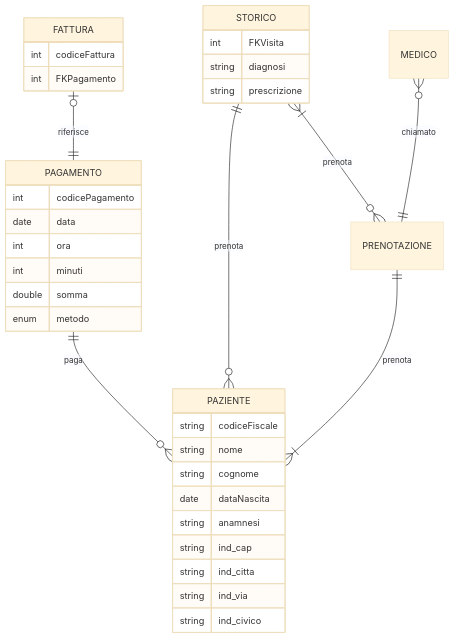
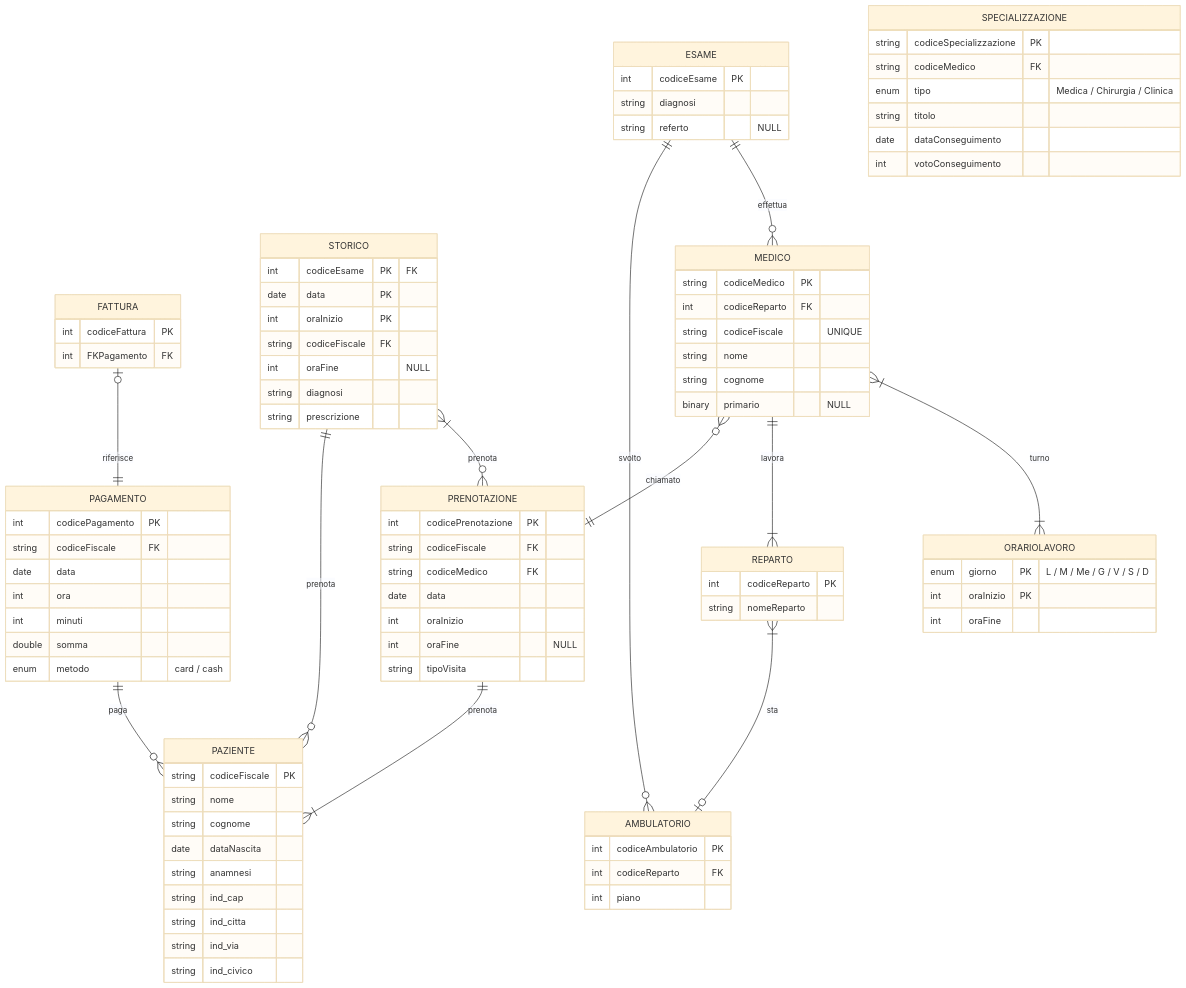
The diagram in README.md (satuscano/Progetto-Informatica-Tuscano), drawn with Mermaid (base theme) before and after one commit. The commit also changed other lines of this file, not shown here.

Commit message:
15/12/25 15:46

````diff
--- a/README.md
+++ b/README.md
@@ -37,23 +37,29 @@
         STORICO ||--o{ PAZIENTE : prenota
         STORICO |{--o{ PRENOTAZIONE : prenota
         MEDICO o{--|| PRENOTAZIONE : chiamato
+        MEDICO ||--|{ REPARTO : lavora
+        REPARTO |{--o| AMBULATORIO : sta
+        ESAME ||--o{ AMBULATORIO : svolto
+        ESAME ||--o{ MEDICO : effettua
+        MEDICO |{--|{ ORARIOLAVORO : turno
 
         FATTURA {
-            int codiceFattura
-            int FKPagamento
+            int codiceFattura PK
+            int FKPagamento FK
         }
 
         PAGAMENTO {
-            int codicePagamento
+            int codicePagamento PK
+            string codiceFiscale FK
             date data
             int ora
             int minuti
             double somma
-            enum metodo
+            enum metodo "card / cash"
         }
 
         PAZIENTE {
-            string codiceFiscale
+            string codiceFiscale PK
             string nome
             string cognome
             date dataNascita
@@ -65,10 +71,64 @@
         }
 
         STORICO {
-            int FKVisita
+            int codiceEsame PK "FK"
+            date data PK
+            int oraInizio PK
+            string codiceFiscale FK
+            int oraFine "NULL"
             string diagnosi
             string prescrizione
         }
 
+        PRENOTAZIONE {
+            int codicePrenotazione PK
+            string codiceFiscale FK
+            string codiceMedico FK
+            date data
+            int oraInizio
+            int oraFine "NULL"
+            string tipoVisita
+        }
+
+        MEDICO {
+            string codiceMedico PK
+            int codiceReparto FK
+            string codiceFiscale "UNIQUE"
+            string nome
+            string cognome
+            binary primario "NULL"
+        }
+
+        REPARTO {
+            int codiceReparto PK
+            string nomeReparto
+        }
+
+        AMBULATORIO {
+            int codiceAmbulatorio PK
+            int codiceReparto FK
+            int piano
+        }
+
+        ESAME {
+            int codiceEsame PK
+            string diagnosi
+            string referto "NULL"
+        }
+
+        ORARIOLAVORO {
+            enum giorno PK "L / M / Me / G / V / S / D"
+            int oraInizio PK
+            int oraFine
+        }
+
+        SPECIALIZZAZIONE {
+            string codiceSpecializzazione PK
+            string codiceMedico FK
+            enum tipo "Medica / Chirurgia / Clinica"
+            string titolo
+            date dataConseguimento
+            int votoConseguimento
+        }
         
 ```
````
